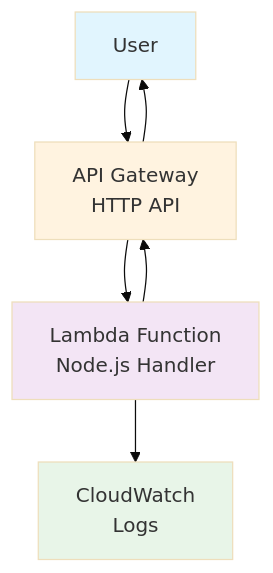
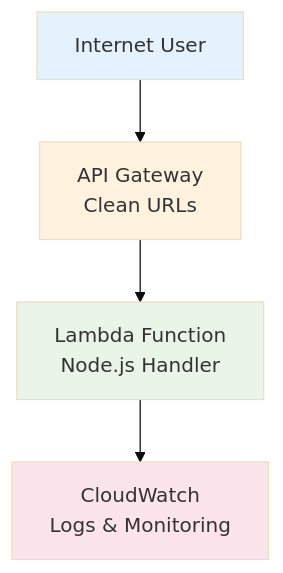
One commit to manota01/hello-serverless changed the diagram in README.md. Above: the diagram before and after it, drawn with Mermaid (base theme). The commit also changed other lines of this file and 8 other files, not shown here.

````diff
--- a/README.md
+++ b/README.md
@@ -23,13 +31,11 @@
 ```mermaid
 graph TD
-    A["User"] --> B["API Gateway<br/>HTTP API"]
+    A["Internet User"] --> B["API Gateway<br/>Clean URLs"]
     B --> C["Lambda Function<br/>Node.js Handler"]
-    C --> D["CloudWatch<br/>Logs"]
-    C --> B
-    B --> A
+    C --> D["CloudWatch<br/>Logs & Monitoring"]
     
-    style A fill:#e1f5fe
-    style B fill:#fff3e0
-    style C fill:#f3e5f5
-    style D fill:#e8f5e8
+    style A fill:#e3f2fd
+    style B fill:#fff3e0  
+    style C fill:#e8f5e8
+    style D fill:#fce4ec
 ```
````
